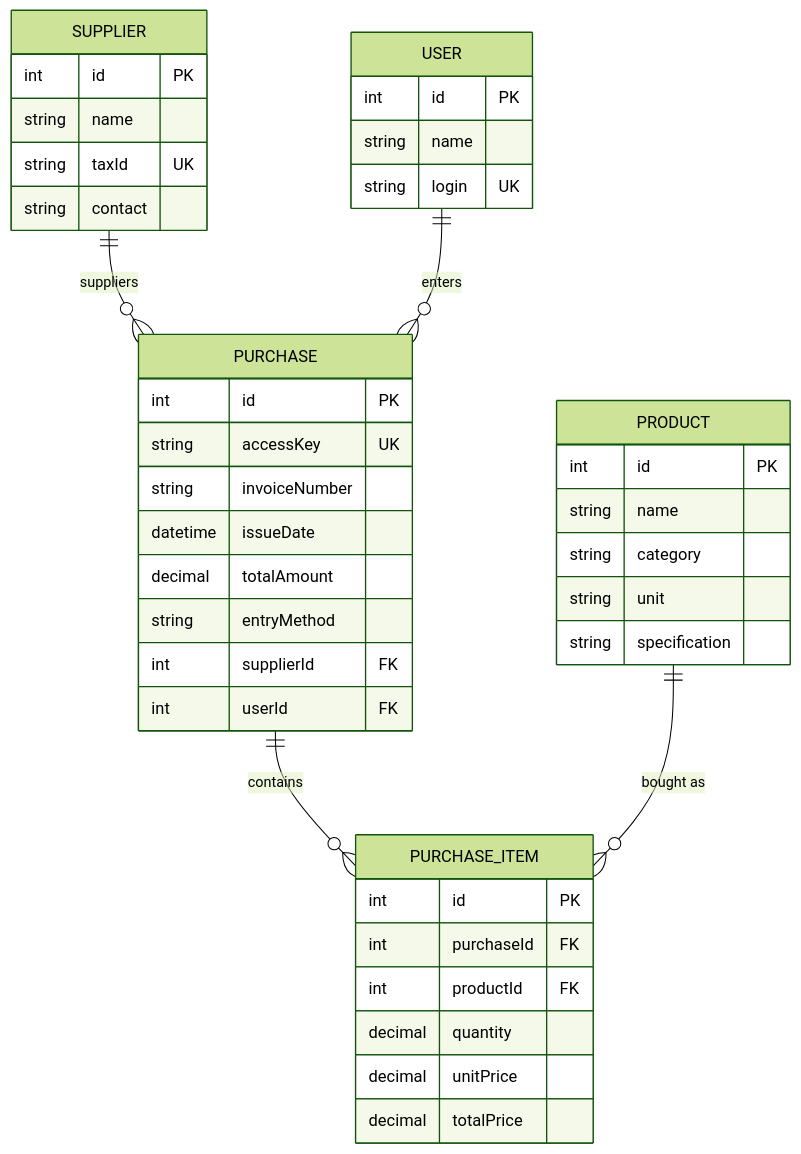
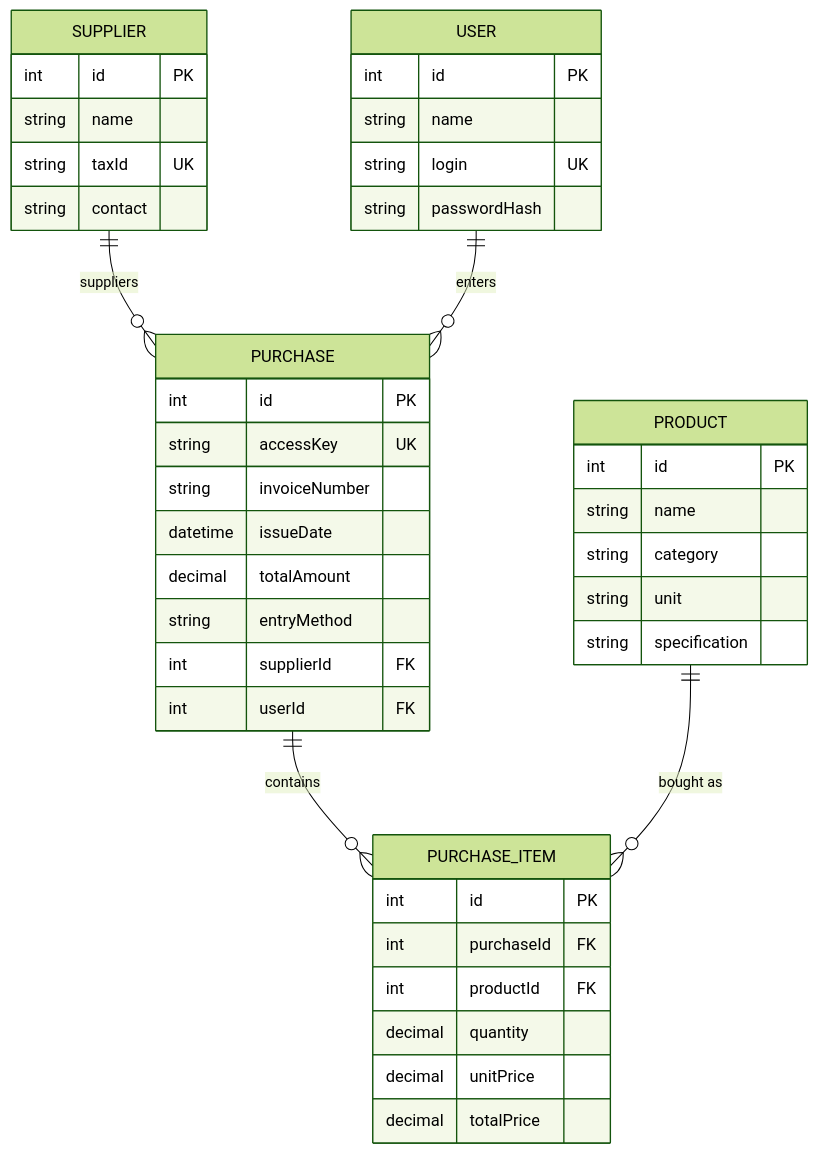
Before and after one commit to tiagogdella/ComprasSularroz: the diagram in docs/erd.md, drawn with Mermaid (forest theme).

Commit message:
docs: add passwordHash to User in ERD
Schema gained passwordHash in Dia 14 (auth) but the ERD diagram wasn't updated to match.

````diff
--- a/docs/erd.md
+++ b/docs/erd.md
@@ -3,44 +3,45 @@
 ```mermaid
 erDiagram
     SUPPLIER ||--o{ PURCHASE : suppliers
     USER ||--o{ PURCHASE : enters
     PURCHASE ||--o{ PURCHASE_ITEM : contains
     PRODUCT ||--o{ PURCHASE_ITEM : "bought as"
 
     SUPPLIER {
         int id PK
         string name
         string taxId UK
         string contact
     }
     PRODUCT {
         int id PK 
         string name
         string category
         string unit
         string specification
     }
     USER {
         int id PK 
         string name
         string login UK
+        string passwordHash
     }
     PURCHASE{
         int id PK
         string accessKey UK
         string invoiceNumber
         datetime issueDate
         decimal totalAmount
         string entryMethod
         int supplierId FK
         int userId FK
     }
     PURCHASE_ITEM {
         int id PK
         int purchaseId FK
         int productId FK
         decimal quantity
         decimal unitPrice
         decimal totalPrice
     }
 ```
````
